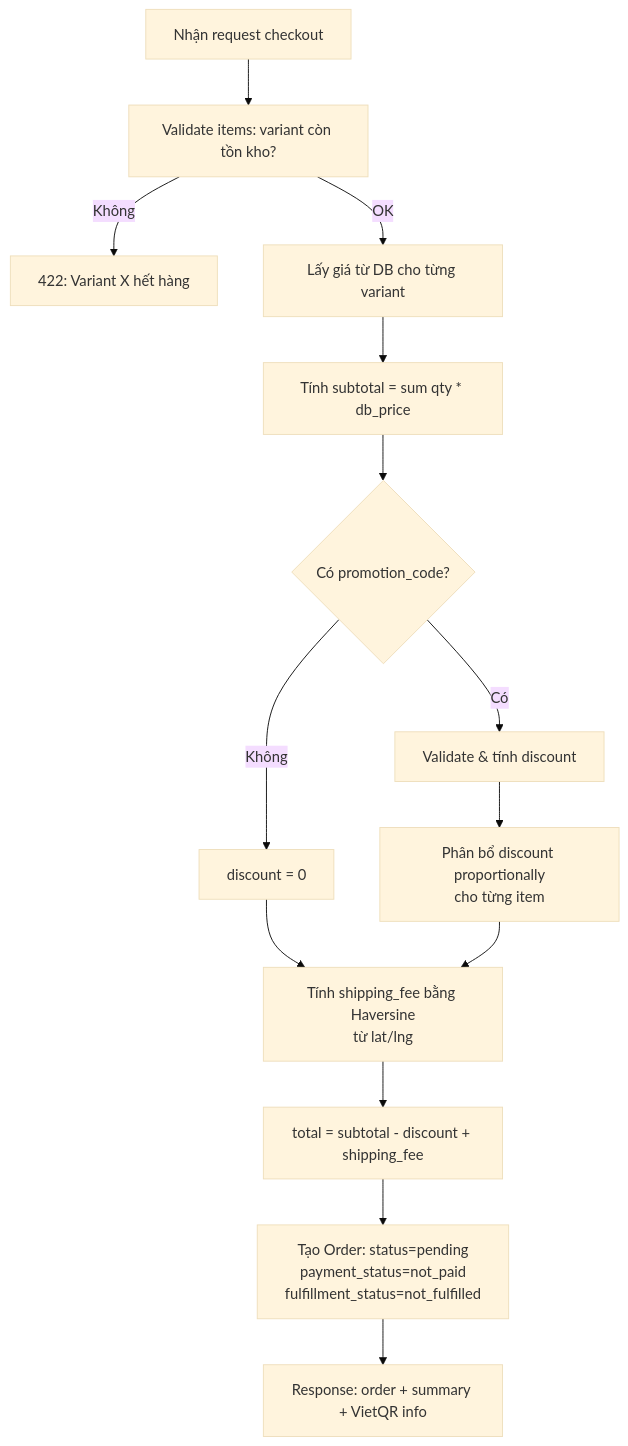
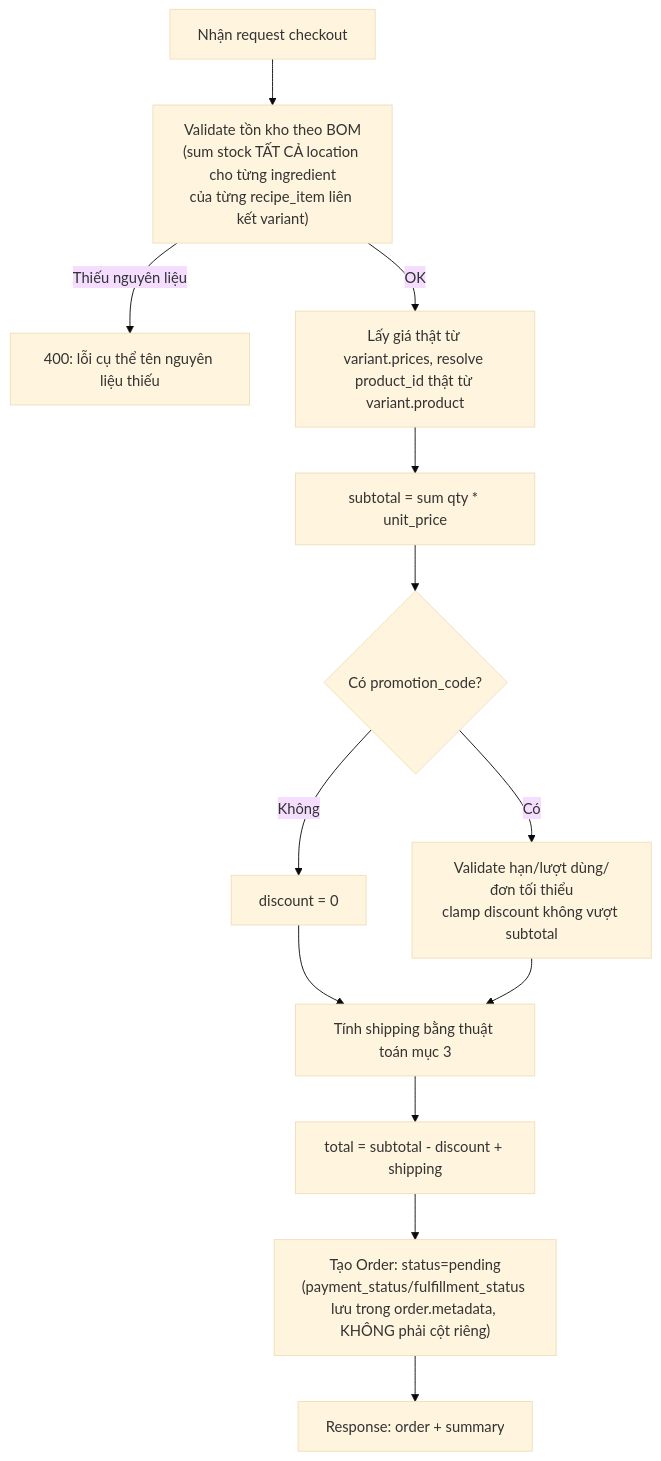
The second of 2 diagrams in docs/03-cart-checkout/README.md (pathust/mong.fruitboxz), drawn with Mermaid (base theme) before and after one commit. The commit also changed other lines of this file and 1 other file, not shown here.

````diff
--- a/docs/03-cart-checkout/README.md
+++ b/docs/03-cart-checkout/README.md
@@ -170,16 +161,15 @@
 ```mermaid
 flowchart TD
-    A[Nhận request checkout] --> B[Validate items: variant còn tồn kho?]
-    B -- Không --> ERR1[422: Variant X hết hàng]
-    B -- OK --> C[Lấy giá từ DB cho từng variant]
-    C --> D[Tính subtotal = sum qty * db_price]
+    A[Nhận request checkout] --> B["Validate tồn kho theo BOM\n(sum stock TẤT CẢ location cho từng ingredient\ncủa từng recipe_item liên kết variant)"]
+    B -- Thiếu nguyên liệu --> ERR1["400: lỗi cụ thể tên nguyên liệu thiếu"]
+    B -- OK --> C[Lấy giá thật từ variant.prices, resolve product_id thật từ variant.product]
+    C --> D[subtotal = sum qty * unit_price]
     D --> E{Có promotion_code?}
     E -- Không --> F[discount = 0]
-    E -- Có --> G[Validate & tính discount]
-    G --> H[Phân bổ discount proportionally\ncho từng item]
-    F --> I[Tính shipping_fee bằng Haversine\ntừ lat/lng]
-    H --> I
-    I --> J[total = subtotal - discount + shipping_fee]
-    J --> K[Tạo Order: status=pending\npayment_status=not_paid\nfulfillment_status=not_fulfilled]
-    K --> L[Response: order + summary + VietQR info]
+    E -- Có --> G["Validate hạn/lượt dùng/đơn tối thiểu\nclamp discount không vượt subtotal"]
+    F --> I[Tính shipping bằng thuật toán mục 3]
+    G --> I
+    I --> J[total = subtotal - discount + shipping]
+    J --> K["Tạo Order: status=pending\n(payment_status/fulfillment_status lưu trong order.metadata, KHÔNG phải cột riêng)"]
+    K --> L[Response: order + summary]
 ```
````
